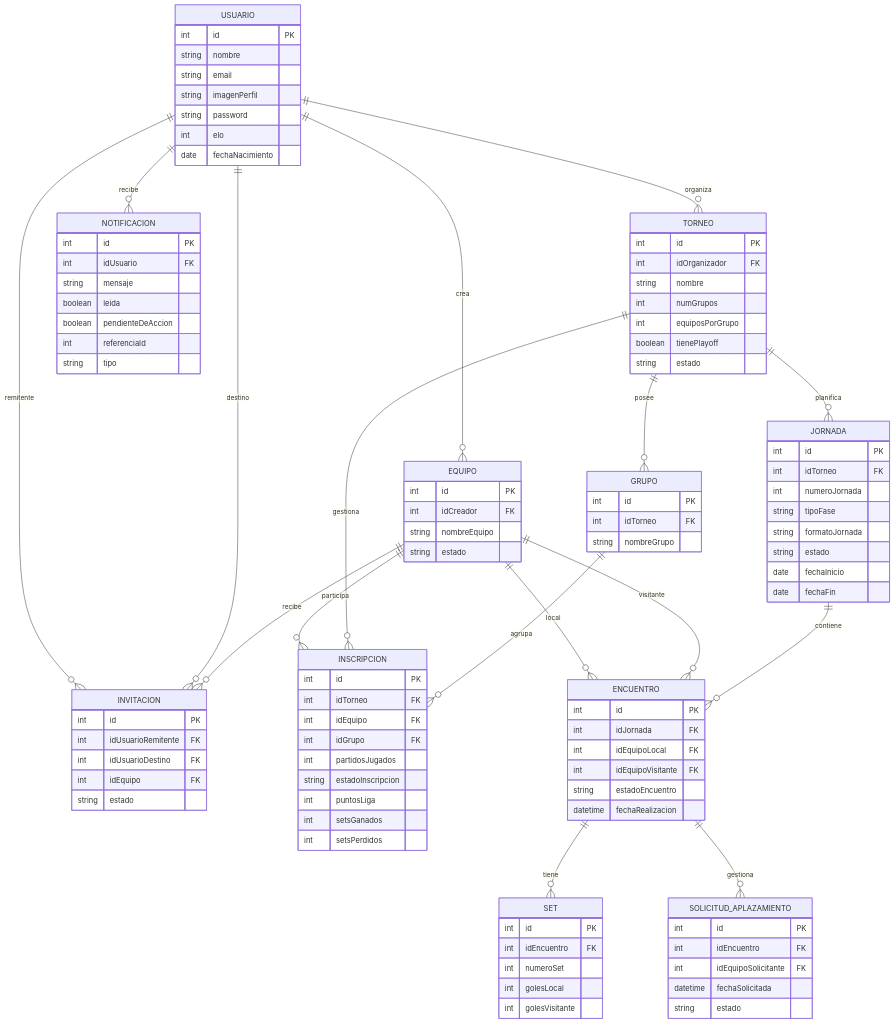
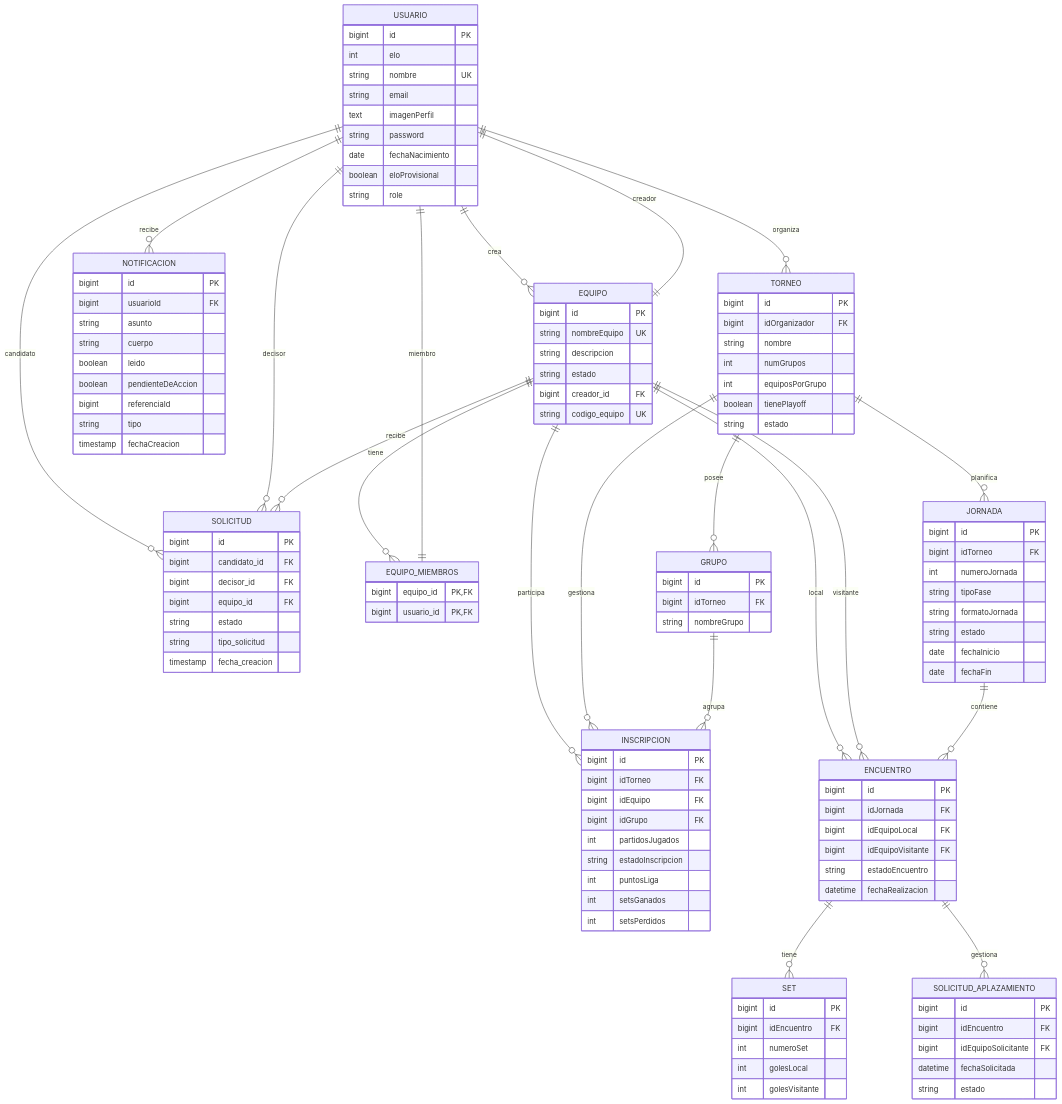
One commit to AlexMG266/agon-app changed the diagram in design/Diseño - diagramas/ERdiagram.mmd. Above: the diagram before and after it, drawn with Mermaid. The commit also changed 3 other files, not shown here.

Commit message:
actualizado el diseño y diagramas

```diff
--- a/design/Diseño - diagramas/ERdiagram.mmd
+++ b/design/Diseño - diagramas/ERdiagram.mmd
@@ -1,121 +1,137 @@
 erDiagram
     USUARIO ||--o{ EQUIPO : "crea"
+    USUARIO ||--o{ NOTIFICACION : "recibe"
+    USUARIO ||--o{ SOLICITUD : "candidato"
+    USUARIO ||--o{ SOLICITUD : "decisor"
     USUARIO ||--o{ TORNEO : "organiza"
-    USUARIO ||--o{ NOTIFICACION : "recibe"
-    USUARIO ||--o{ INVITACION : "remitente"
-    USUARIO ||--o{ INVITACION : "destino"
-    
-    EQUIPO ||--o{ INVITACION : "recibe"
+
+    EQUIPO ||--|| USUARIO : "creador"
+    EQUIPO ||--o{ EQUIPO_MIEMBROS : "tiene"
+    EQUIPO_MIEMBROS ||--|| USUARIO : "miembro"
+    EQUIPO ||--o{ SOLICITUD : "recibe"
     EQUIPO ||--o{ INSCRIPCION : "participa"
     EQUIPO ||--o{ ENCUENTRO : "local"
     EQUIPO ||--o{ ENCUENTRO : "visitante"
-    
+
     TORNEO ||--o{ GRUPO : "posee"
     TORNEO ||--o{ JORNADA : "planifica"
     TORNEO ||--o{ INSCRIPCION : "gestiona"
-    
+
     GRUPO ||--o{ INSCRIPCION : "agrupa"
-    
+
     JORNADA ||--o{ ENCUENTRO : "contiene"
-    
+
     ENCUENTRO ||--o{ SET : "tiene"
     ENCUENTRO ||--o{ SOLICITUD_APLAZAMIENTO : "gestiona"
-    
+
     USUARIO {
-        int id PK
-        string nombre
+        bigint id PK
+        int elo
+        string nombre UK
         string email
-		string imagenPerfil
+        text imagenPerfil
         string password
-        int elo
         date fechaNacimiento
+        boolean eloProvisional
+        string role
     }
 
     NOTIFICACION {
-        int id PK
-        int idUsuario FK
-        string mensaje
-        boolean leida
+        bigint id PK
+        bigint usuarioId FK
+        string asunto
+        string cuerpo
+        boolean leido
         boolean pendienteDeAccion
-        int referenciaId
+        bigint referenciaId
         string tipo
+        timestamp fechaCreacion
     }
 
-    INVITACION {
-        int id PK
-        int idUsuarioRemitente FK
-        int idUsuarioDestino FK
-        int idEquipo FK
+    SOLICITUD {
+        bigint id PK
+        bigint candidato_id FK
+        bigint decisor_id FK
+        bigint equipo_id FK
         string estado
+        string tipo_solicitud
+        timestamp fecha_creacion
     }
 
     EQUIPO {
-        int id PK
-        int idCreador FK
-        string nombreEquipo
+        bigint id PK
+        string nombreEquipo UK
+        string descripcion
         string estado
+        bigint creador_id FK
+        string codigo_equipo UK
+    }
+
+    EQUIPO_MIEMBROS {
+        bigint equipo_id PK, FK
+        bigint usuario_id PK, FK
     }
 
     TORNEO {
-        int id PK
-        int idOrganizador FK
+        bigint id PK
+        bigint idOrganizador FK
         string nombre
         int numGrupos
         int equiposPorGrupo
         boolean tienePlayoff
         string estado
     }
 
     GRUPO {
-        int id PK
-        int idTorneo FK
+        bigint id PK
+        bigint idTorneo FK
         string nombreGrupo
     }
 
     INSCRIPCION {
-        int id PK
-        int idTorneo FK
-        int idEquipo FK
-        int idGrupo FK
-		int partidosJugados
+        bigint id PK
+        bigint idTorneo FK
+        bigint idEquipo FK
+        bigint idGrupo FK
+        int partidosJugados
         string estadoInscripcion
         int puntosLiga
         int setsGanados
         int setsPerdidos
     }
 
     JORNADA {
-        int id PK
-        int idTorneo FK
+        bigint id PK
+        bigint idTorneo FK
         int numeroJornada
         string tipoFase
         string formatoJornada
         string estado
-		date fechaInicio
-		date fechaFin
+        date fechaInicio
+        date fechaFin
     }
 
     ENCUENTRO {
-        int id PK
-        int idJornada FK
-        int idEquipoLocal FK
-        int idEquipoVisitante FK
+        bigint id PK
+        bigint idJornada FK
+        bigint idEquipoLocal FK
+        bigint idEquipoVisitante FK
         string estadoEncuentro
         datetime fechaRealizacion
     }
 
     SET {
-        int id PK
-        int idEncuentro FK
+        bigint id PK
+        bigint idEncuentro FK
         int numeroSet
         int golesLocal
         int golesVisitante
     }
 
     SOLICITUD_APLAZAMIENTO {
-        int id PK
-        int idEncuentro FK
-        int idEquipoSolicitante FK
+        bigint id PK
+        bigint idEncuentro FK
+        bigint idEquipoSolicitante FK
         datetime fechaSolicitada
         string estado
     }
```
